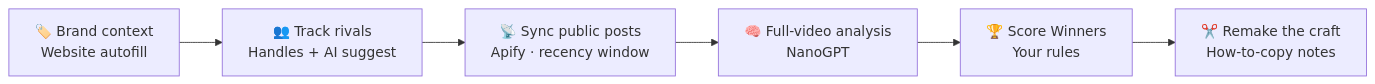
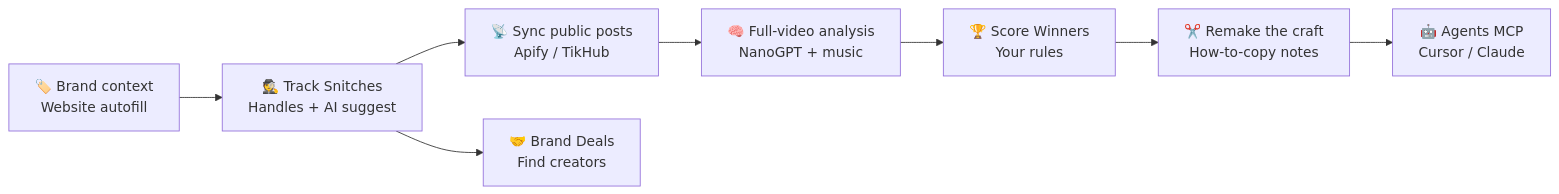
One commit to tmwclaxton/snitch changed the first of 2 diagrams in README.md. Above: the diagram before and after it, drawn with Mermaid. The commit also changed other lines of this file, not shown here.

````diff
--- a/README.md
+++ b/README.md
@@ -148,8 +211,10 @@
 ```mermaid
 flowchart LR
-    A["🏷️ Brand context<br/>Website autofill"] --> B["👥 Track rivals<br/>Handles + AI suggest"]
-    B --> C["📡 Sync public posts<br/>Apify · recency window"]
-    C --> D["🧠 Full-video analysis<br/>NanoGPT"]
+    A["🏷️ Brand context<br/>Website autofill"] --> B["🕵️ Track Snitches<br/>Handles + AI suggest"]
+    B --> C["📡 Sync public posts<br/>Apify / TikHub"]
+    C --> D["🧠 Full-video analysis<br/>NanoGPT + music"]
     D --> E["🏆 Score Winners<br/>Your rules"]
     E --> F["✂️ Remake the craft<br/>How-to-copy notes"]
+    B --> G["🤝 Brand Deals<br/>Find creators"]
+    F --> H["🤖 Agents MCP<br/>Cursor / Claude"]
 ```
````
